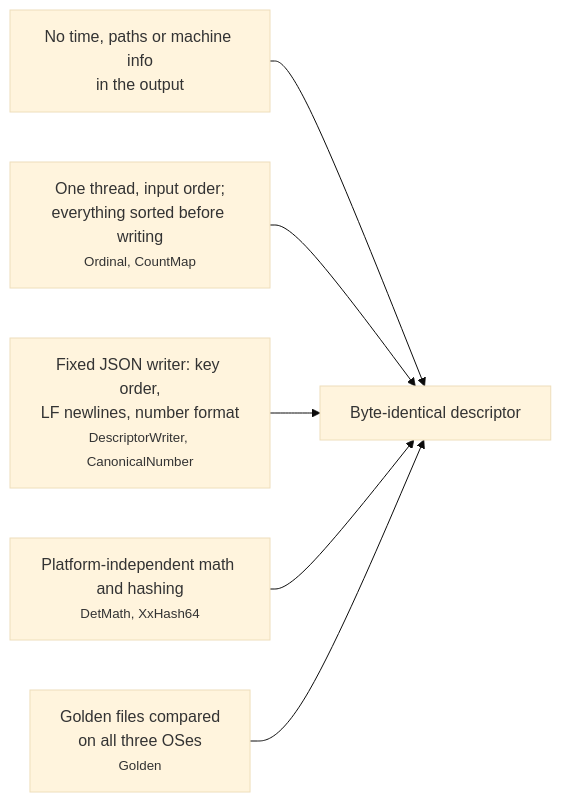
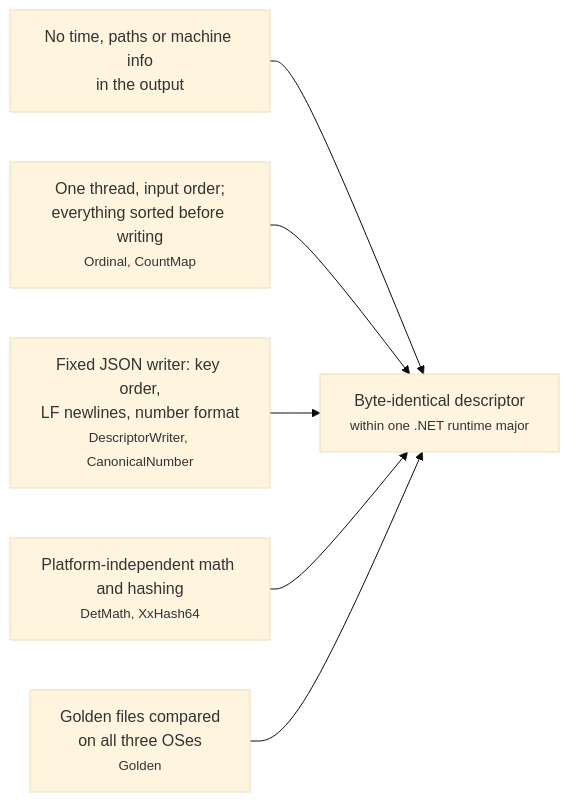
One commit to squalor-xyz/squalify changed diagram 26 of 29 in docs/how-it-works.md. Above: the diagram before and after it, drawn with Mermaid (base theme). The commit also changed other lines of this file and 8 other files, not shown here.

Commit message:
sq-22: per-runtime-major byte guarantee in docs

````diff
--- a/docs/how-it-works.md
+++ b/docs/how-it-works.md
@@ -412,9 +412,9 @@
 ```mermaid
 flowchart LR
     G1["No time, paths or machine info<br/>in the output"] --> Same
     G2["One thread, input order;<br/>everything sorted before writing<br/><small>Ordinal, CountMap</small>"] --> Same
     G3["Fixed JSON writer: key order,<br/>LF newlines, number format<br/><small>DescriptorWriter, CanonicalNumber</small>"] --> Same
     G4["Platform-independent math and hashing<br/><small>DetMath, XxHash64</small>"] --> Same
     G5["Golden files compared<br/>on all three OSes<br/><small>Golden</small>"] --> Same
-    Same["Byte-identical descriptor"]
+    Same["Byte-identical descriptor<br/><small>within one .NET runtime major</small>"]
 ```
````
